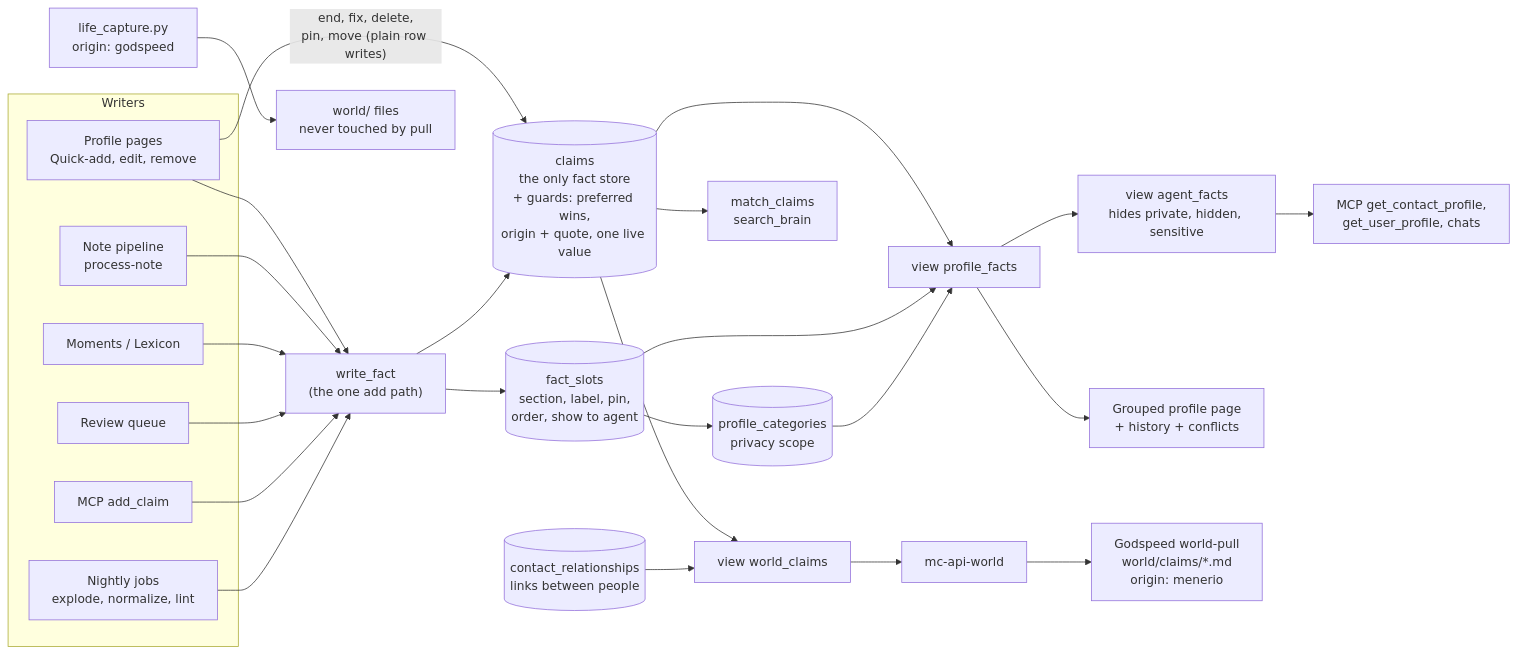
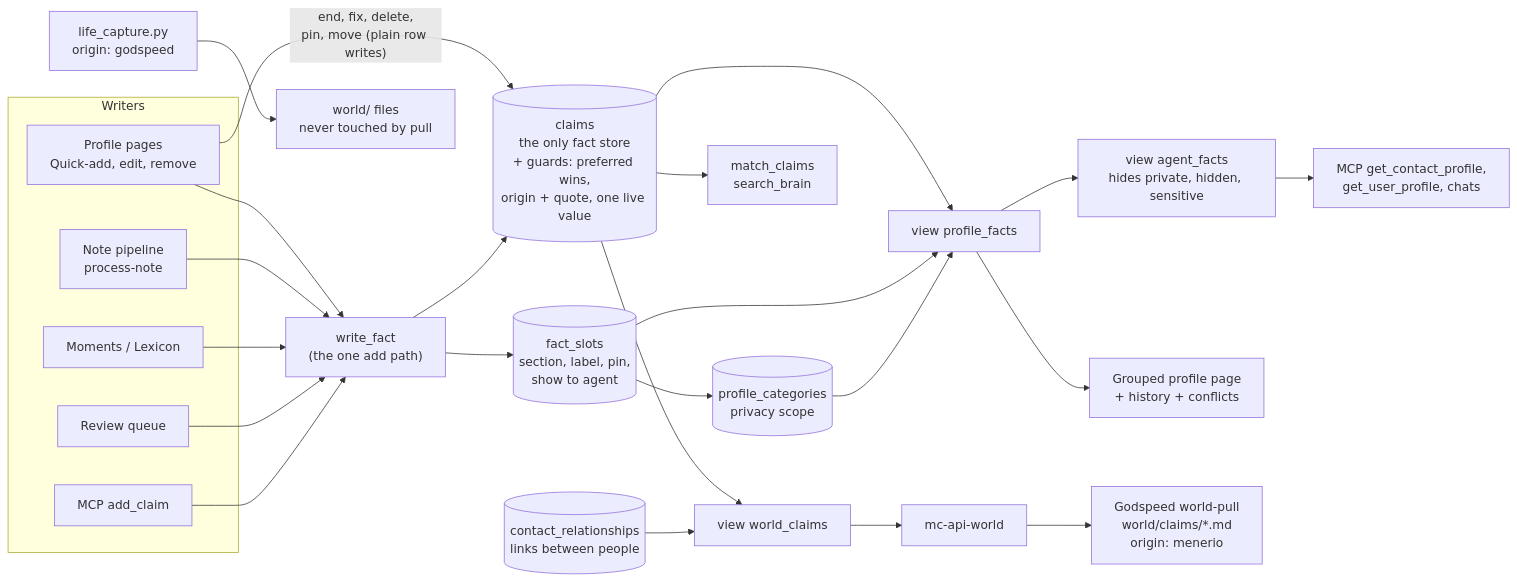
One commit to MichaelZelbel/menerio changed the diagram in docs/plans/one-fact-store.md. Above: the diagram before and after it, drawn with Mermaid. The commit also changed other lines of this file, not shown here.

First line of the commit message:
Plan: eighth review of the one fact store

````diff
--- a/docs/plans/one-fact-store.md
+++ b/docs/plans/one-fact-store.md
@@ -406,34 +397,32 @@
 ```mermaid
 flowchart LR
   subgraph Writers
     UI["Profile pages<br/>Quick-add, edit, remove"]
     NP["Note pipeline<br/>process-note"]
     MO["Moments / Lexicon"]
     RQ["Review queue"]
     MCP["MCP add_claim"]
-    NJ["Nightly jobs<br/>explode, normalize, lint"]
   end
   FS["write_fact<br/>(the one add path)"]
   UI --> FS
   NP --> FS
   MO --> FS
   RQ --> FS
   MCP --> FS
-  NJ --> FS
   UI -- "end, fix, delete,<br/>pin, move (plain row writes)" --> C
   FS --> C[("claims<br/>the only fact store<br/>+ guards: preferred wins,<br/>origin + quote, one live value")]
-  FS --> S[("fact_slots<br/>section, label, pin,<br/>order, show to agent")]
+  FS --> S[("fact_slots<br/>section, label, pin,<br/>show to agent")]
   S --> K[("profile_categories<br/>privacy scope")]
   R[("contact_relationships<br/>links between people")]
   C --> PF["view profile_facts"]
   S --> PF
   K --> PF
   PF --> AF["view agent_facts<br/>hides private, hidden, sensitive"]
   PF --> PAGE["Grouped profile page<br/>+ history + conflicts"]
   AF --> MCPR["MCP get_contact_profile,<br/>get_user_profile, chats"]
   C --> MC["match_claims<br/>search_brain"]
   C --> WC["view world_claims"]
   R --> WC
   WC --> API["mc-api-world"] --> PULL["Godspeed world-pull<br/>world/claims/*.md<br/>origin: menerio"]
   LC["life_capture.py<br/>origin: godspeed"] --> GW["world/ files<br/>never touched by pull"]
 ```
````
